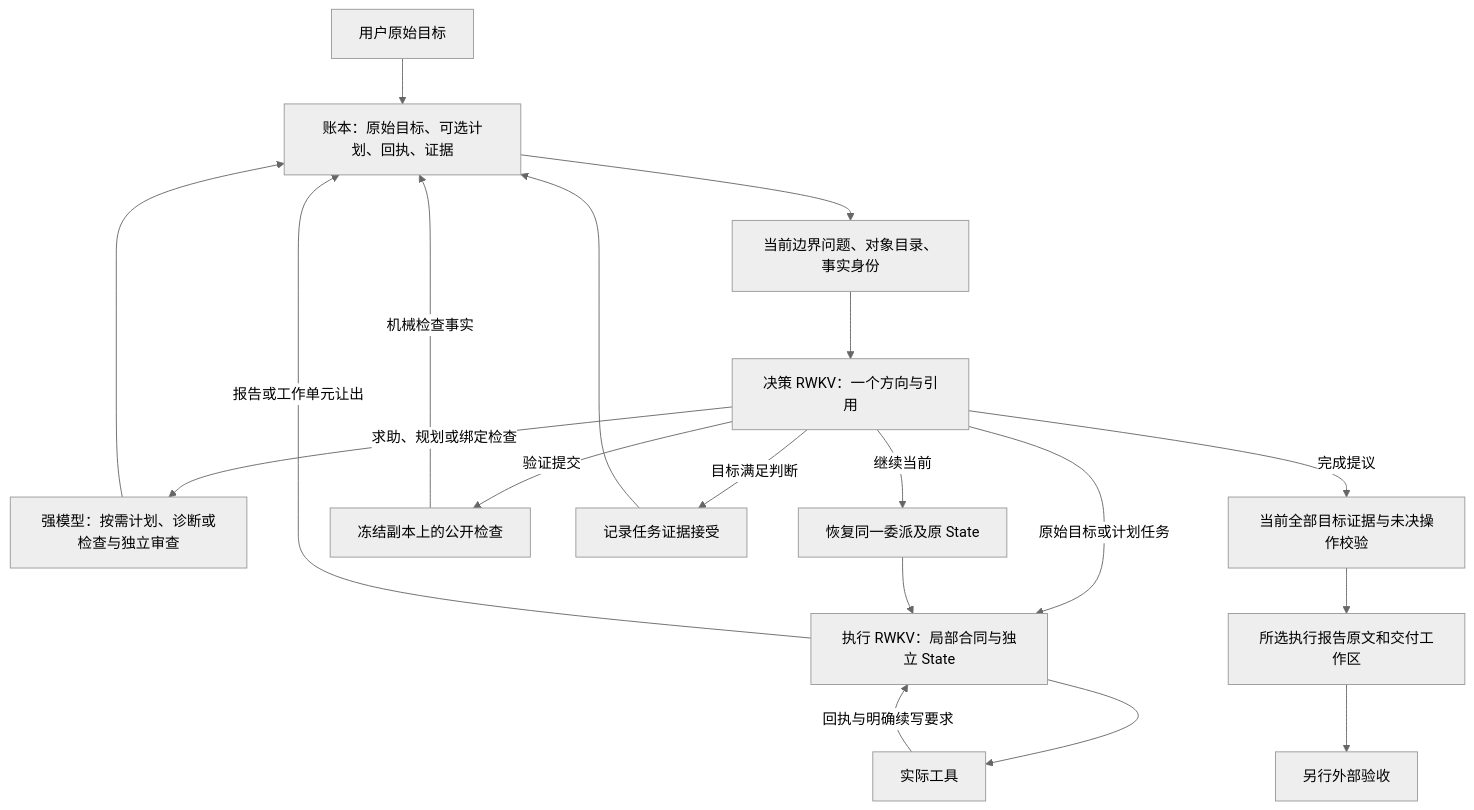
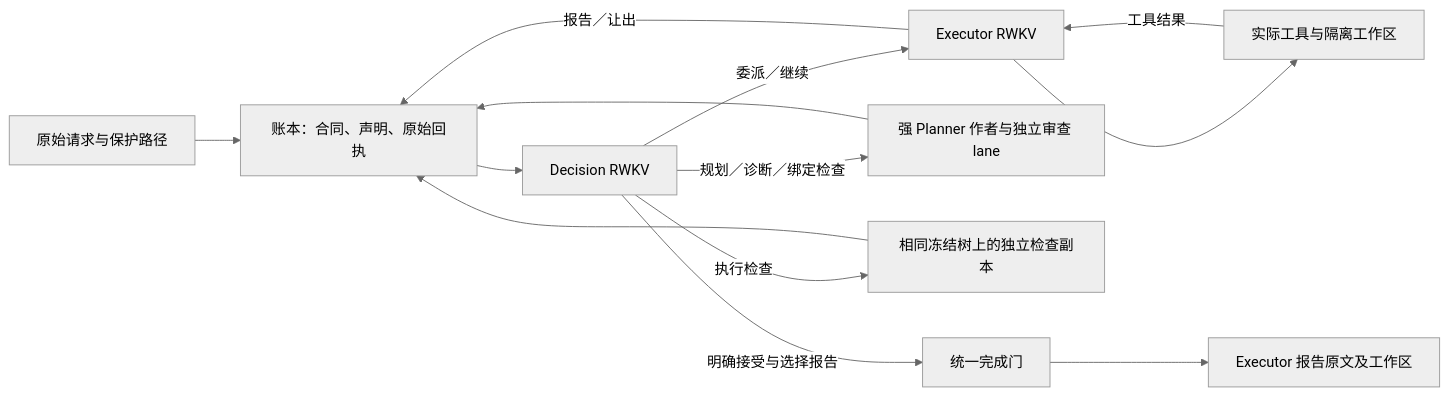
Before and after one commit to rwkv-rs/RWKV-LH: the diagram in docs/ARCHITECTURE.zh-CN.md, drawn with Mermaid (neutral theme). The commit also changed other lines of this file and 85 other files, not shown here.

````diff
--- a/docs/ARCHITECTURE.zh-CN.md
+++ b/docs/ARCHITECTURE.zh-CN.md
@@ -42,21 +25,15 @@
 ```mermaid
-flowchart TD
-  U[用户原始目标] --> L[账本：原始目标、可选计划、回执、证据]
-  P[强模型：按需计划、诊断或检查与独立审查] --> L
-  L --> Q[当前边界问题、对象目录、事实身份]
-  Q --> D[决策 RWKV：一个方向与引用]
-  D -->|原始目标或计划任务| E[执行 RWKV：局部合同与独立 State]
-  E --> H[实际工具]
-  H -->|回执与明确续写要求| E
-  E -->|报告或工作单元让出| L
-  D -->|继续当前| S[恢复同一委派及原 State]
-  S --> E
-  D -->|验证提交| V[冻结副本上的公开检查]
-  V -->|机械检查事实| L
-  D -->|目标满足判断| J[记录任务证据接受]
-  J --> L
-  D -->|求助、规划或绑定检查| P
-  D -->|完成提议| G[当前全部目标证据与未决操作校验]
-  G --> F[所选执行报告原文和交付工作区]
-  F --> A[另行外部验收]
+flowchart LR
+    U[原始请求与保护路径] --> L[账本：合同、声明、原始回执]
+    L --> D[Decision RWKV]
+    D -->|委派／继续| E[Executor RWKV]
+    E --> T[实际工具与隔离工作区]
+    T -->|工具结果| E
+    E -->|报告／让出| L
+    D -->|规划／诊断／绑定检查| P[强 Planner 作者与独立审查 lane]
+    P --> L
+    D -->|执行检查| V[相同冻结树上的独立检查副本]
+    V --> L
+    D -->|明确接受与选择报告| G[统一完成门]
+    G --> F[Executor 报告原文及工作区]
 ```
````
